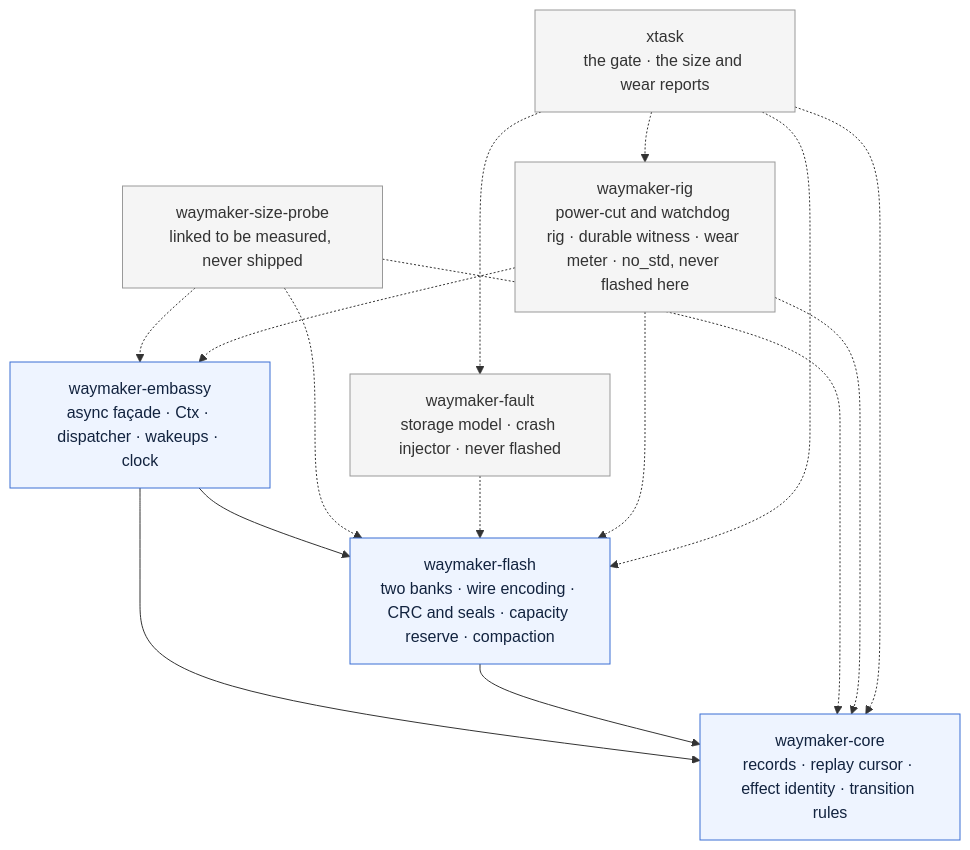
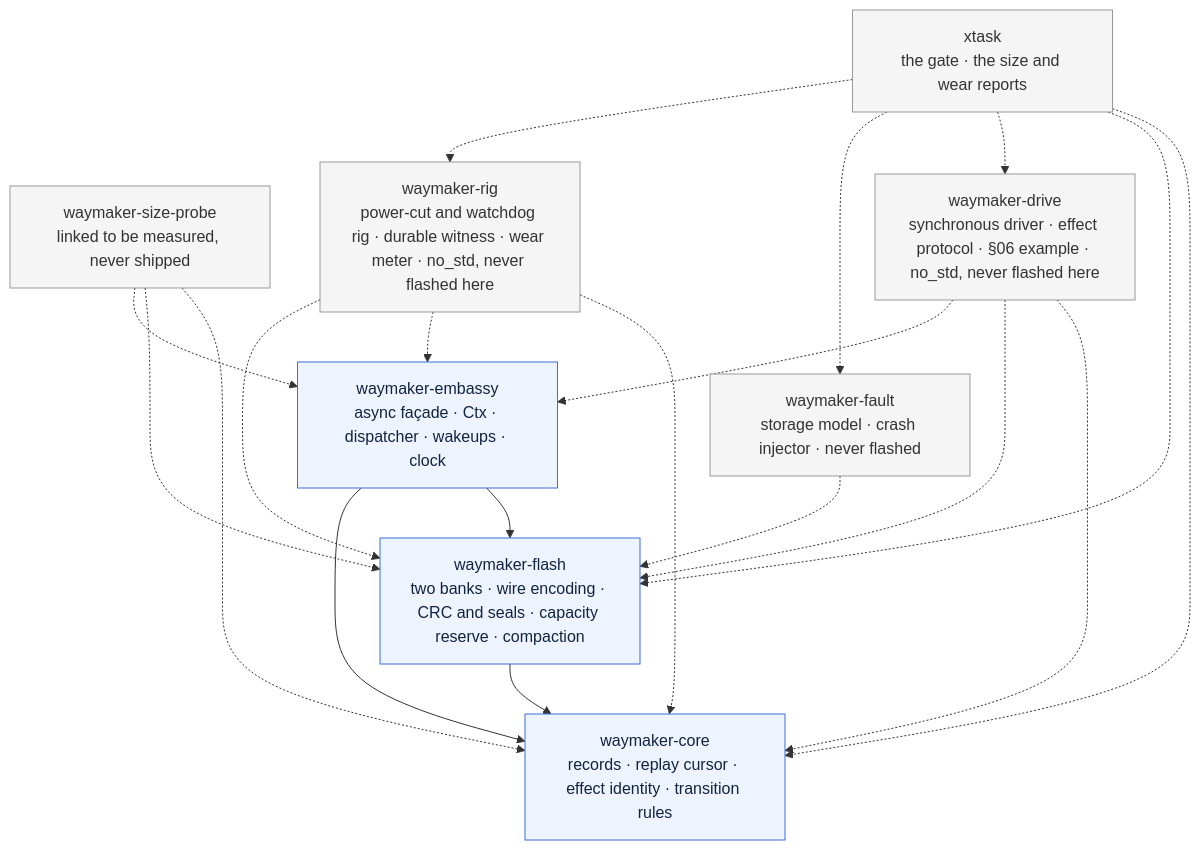
One commit to madmax983/waymaker changed the first of 11 diagrams in docs/architecture.md. Above: the diagram before and after it, drawn with Mermaid. The commit also changed other lines of this file and 4 other files, not shown here.

````diff
--- a/docs/architecture.md
+++ b/docs/architecture.md
@@ -57,31 +58,36 @@
 ```mermaid
 graph TD
   waymaker-embassy["waymaker-embassy<br/>async façade · Ctx · dispatcher · wakeups · clock"]
   waymaker-flash["waymaker-flash<br/>two banks · wire encoding · CRC and seals · capacity reserve · compaction"]
   waymaker-core["waymaker-core<br/>records · replay cursor · effect identity · transition rules"]
   waymaker-size-probe["waymaker-size-probe<br/>linked to be measured, never shipped"]
   waymaker-fault["waymaker-fault<br/>storage model · crash injector · never flashed"]
   waymaker-rig["waymaker-rig<br/>power-cut and watchdog rig · durable witness · wear meter · no_std, never flashed here"]
+  waymaker-drive["waymaker-drive<br/>synchronous driver · effect protocol · §06 example · no_std, never flashed here"]
   xtask["xtask<br/>the gate · the size and wear reports"]
 
   waymaker-embassy --> waymaker-core
   waymaker-embassy --> waymaker-flash
   waymaker-flash --> waymaker-core
 
   waymaker-size-probe -.-> waymaker-embassy
   waymaker-size-probe -.-> waymaker-flash
   waymaker-size-probe -.-> waymaker-core
   waymaker-fault -.-> waymaker-flash
   waymaker-rig -.-> waymaker-flash
   waymaker-rig -.-> waymaker-embassy
   waymaker-rig -.-> waymaker-core
+  waymaker-drive -.-> waymaker-embassy
+  waymaker-drive -.-> waymaker-flash
+  waymaker-drive -.-> waymaker-core
   xtask -.-> waymaker-rig
   xtask -.-> waymaker-fault
+  xtask -.-> waymaker-drive
   xtask -.-> waymaker-flash
   xtask -.-> waymaker-core
 
   classDef layer fill:#eef4ff,stroke:#3b6fd4,color:#12233f;
   classDef tool fill:#f5f5f5,stroke:#999999,color:#333333;
   class waymaker-embassy,waymaker-flash,waymaker-core layer;
-  class waymaker-size-probe,waymaker-fault,waymaker-rig,xtask tool;
+  class waymaker-size-probe,waymaker-fault,waymaker-rig,waymaker-drive,xtask tool;
 ```
````
